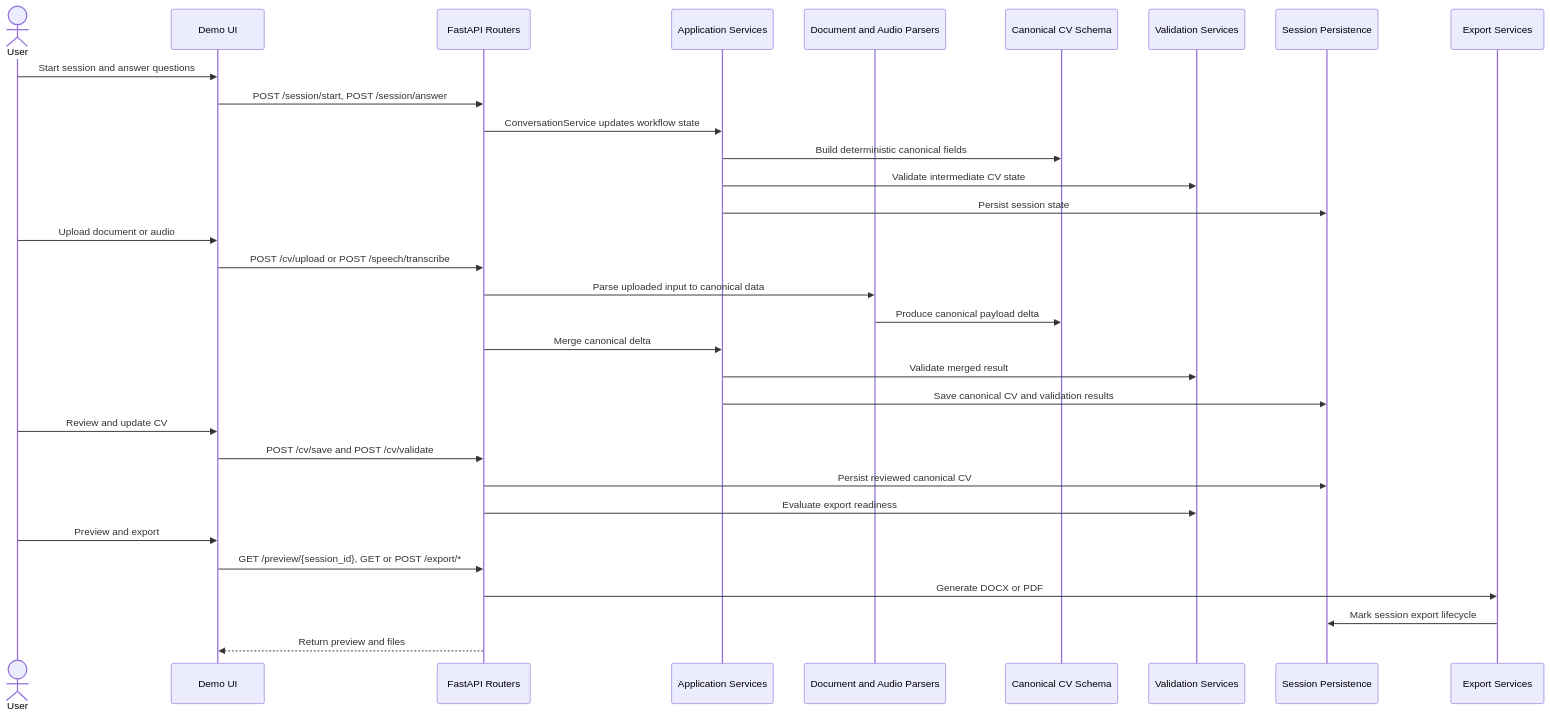
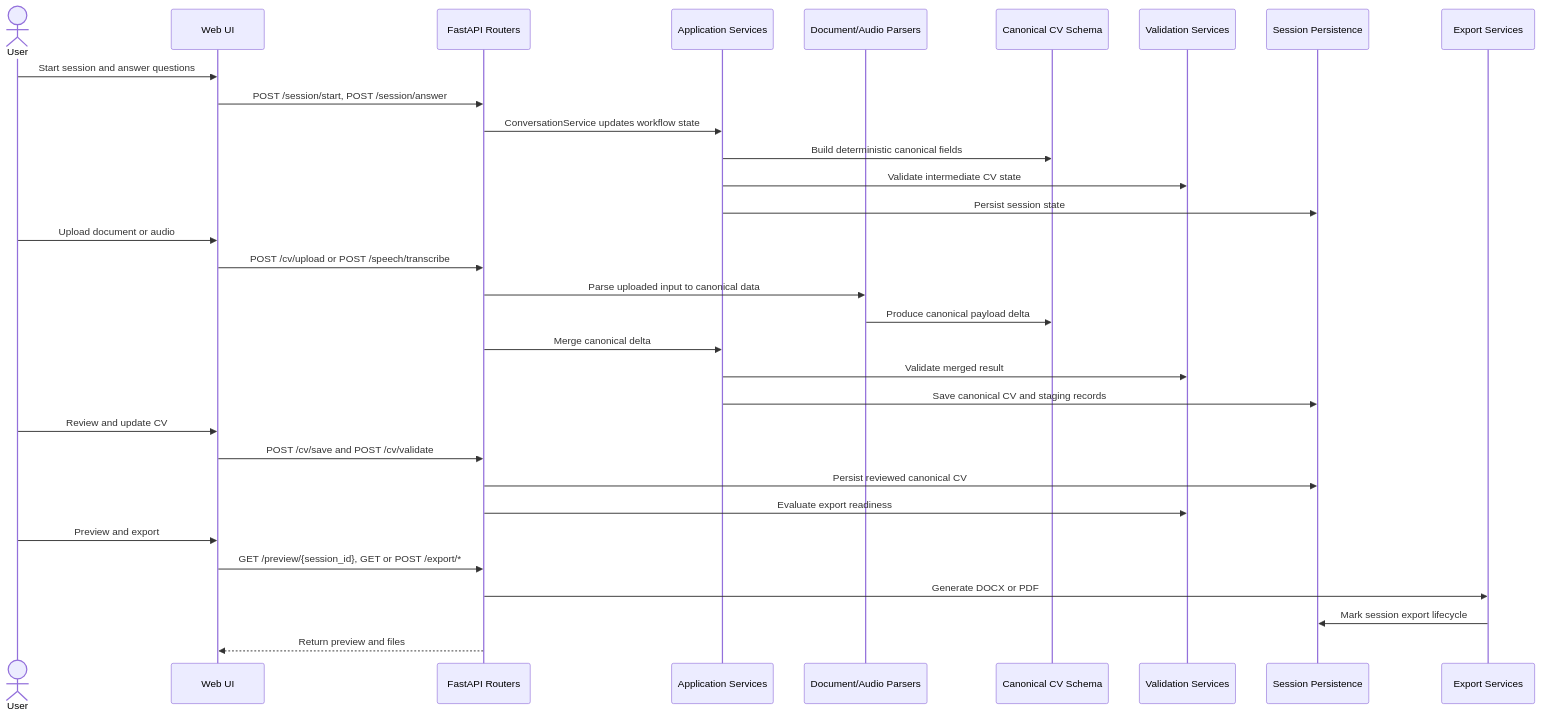
Before and after one commit to VenkataJanga/cv_builder_automation: the diagram in README.md, drawn with Mermaid. The commit also changed other lines of this file and 85 other files, not shown here.

Commit message:
NTT LOGO, Staging table for data prevent has been completed successfully.

````diff
--- a/README.md
+++ b/README.md
@@ -360,38 +591,38 @@
 ```mermaid
 sequenceDiagram
-		actor U as User
-		participant UI as Demo UI
-		participant API as FastAPI Routers
-		participant APP as Application Services
-		participant DOM as Document and Audio Parsers
-		participant CV as Canonical CV Schema
-		participant VAL as Validation Services
-		participant S as Session Persistence
-		participant EXP as Export Services
+  actor U as User
+  participant UI as Web UI
+  participant API as FastAPI Routers
+  participant APP as Application Services
+  participant DOM as Document/Audio Parsers
+  participant CV as Canonical CV Schema
+  participant VAL as Validation Services
+  participant S as Session Persistence
+  participant EXP as Export Services
 
-		U->>UI: Start session and answer questions
-		UI->>API: POST /session/start, POST /session/answer
-		API->>APP: ConversationService updates workflow state
-		APP->>CV: Build deterministic canonical fields
-		APP->>VAL: Validate intermediate CV state
-		APP->>S: Persist session state
+  U->>UI: Start session and answer questions
+  UI->>API: POST /session/start, POST /session/answer
+  API->>APP: ConversationService updates workflow state
+  APP->>CV: Build deterministic canonical fields
+  APP->>VAL: Validate intermediate CV state
+  APP->>S: Persist session state
 
-		U->>UI: Upload document or audio
-		UI->>API: POST /cv/upload or POST /speech/transcribe
-		API->>DOM: Parse uploaded input to canonical data
-		DOM->>CV: Produce canonical payload delta
-		API->>APP: Merge canonical delta
-		APP->>VAL: Validate merged result
-		APP->>S: Save canonical CV and validation results
+  U->>UI: Upload document or audio
+  UI->>API: POST /cv/upload or POST /speech/transcribe
+  API->>DOM: Parse uploaded input to canonical data
+  DOM->>CV: Produce canonical payload delta
+  API->>APP: Merge canonical delta
+  APP->>VAL: Validate merged result
+  APP->>S: Save canonical CV and staging records
 
-		U->>UI: Review and update CV
-		UI->>API: POST /cv/save and POST /cv/validate
-		API->>S: Persist reviewed canonical CV
-		API->>VAL: Evaluate export readiness
+  U->>UI: Review and update CV
+  UI->>API: POST /cv/save and POST /cv/validate
+  API->>S: Persist reviewed canonical CV
+  API->>VAL: Evaluate export readiness
 
-		U->>UI: Preview and export
-		UI->>API: GET /preview/{session_id}, GET or POST /export/*
-		API->>EXP: Generate DOCX or PDF
-		EXP->>S: Mark session export lifecycle
-		API-->>UI: Return preview and files
+  U->>UI: Preview and export
+  UI->>API: GET /preview/{session_id}, GET or POST /export/*
+  API->>EXP: Generate DOCX or PDF
+  EXP->>S: Mark session export lifecycle
+  API-->>UI: Return preview and files
 ```
````
